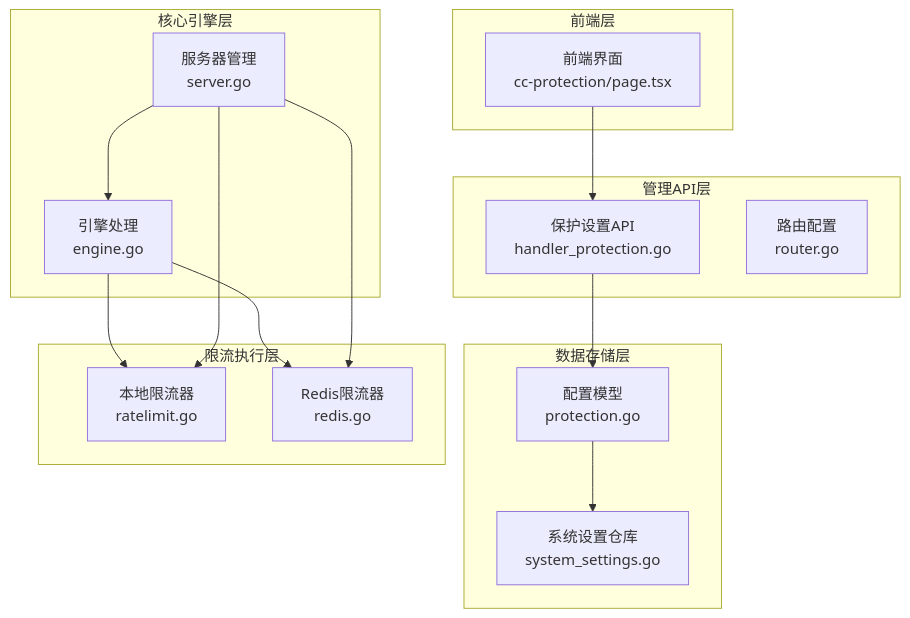
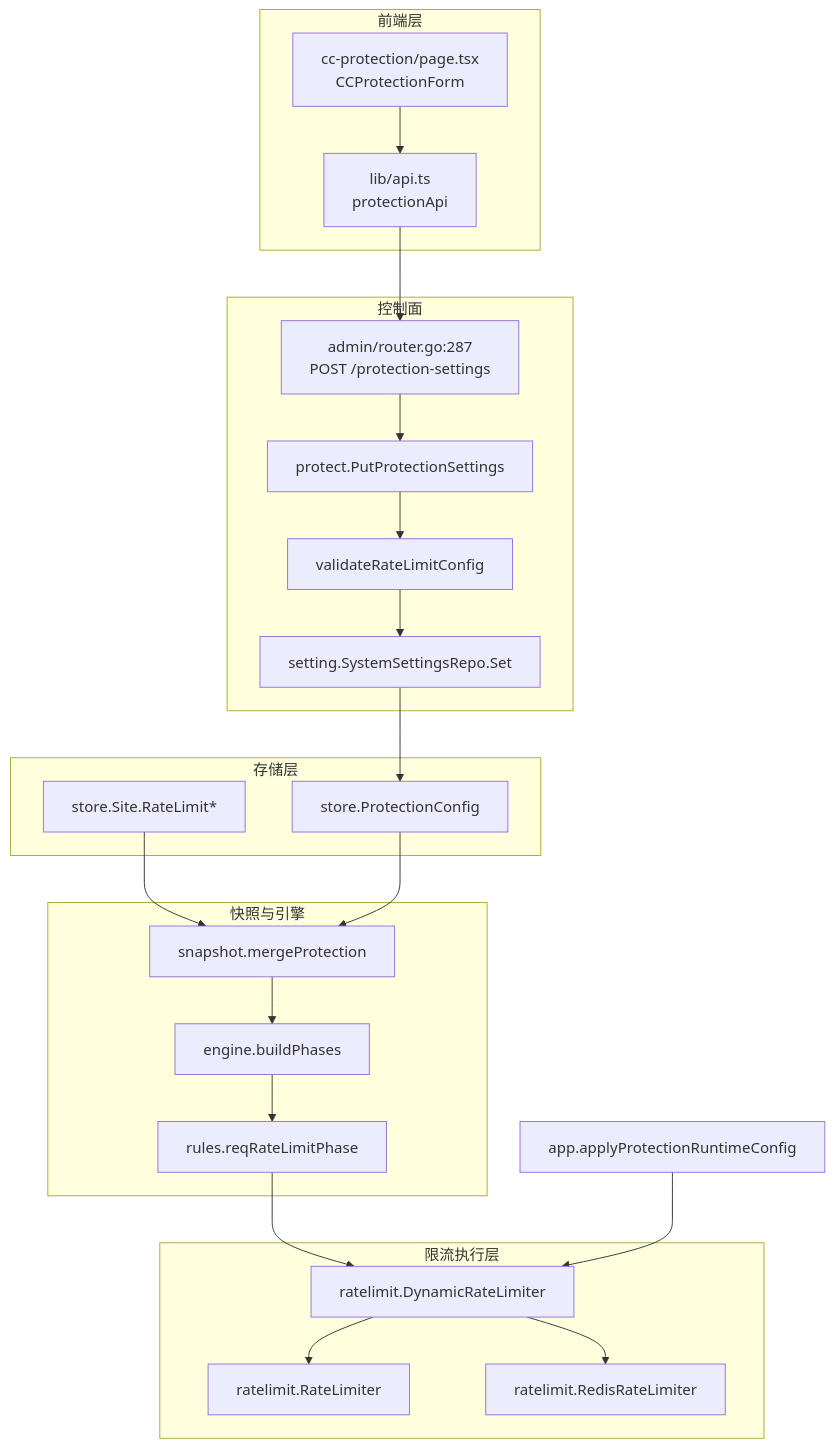
Before and after one commit to x01n/My-OpenWaf: the first of 9 diagrams in docs/安全防护功能/速率限制机制/限流配置管理.md, drawn with Mermaid. The commit also changed other lines of this file and 622 other files, not shown here.

````diff
--- a/docs/安全防护功能/速率限制机制/限流配置管理.md
+++ b/docs/安全防护功能/速率限制机制/限流配置管理.md
@@ -40,30 +65,35 @@
 ```mermaid
 graph TB
 subgraph "前端层"
-FE[前端界面<br/>cc-protection/page.tsx]
+FE["cc-protection/page.tsx<br/>CCProtectionForm"]
+FAPI["lib/api.ts<br/>protectionApi"]
 end
-subgraph "管理API层"
-API[保护设置API<br/>handler_protection.go]
-ROUTER[路由配置<br/>router.go]
+subgraph "控制面"
+ROUTER["admin/router.go:287<br/>POST /protection-settings"]
+HANDLER["protect.PutProtectionSettings"]
+VALIDATE["validateRateLimitConfig"]
+SSREPO["setting.SystemSettingsRepo.Set"]
 end
-subgraph "核心引擎层"
-ENGINE[引擎处理<br/>engine.go]
-SERVER[服务器管理<br/>server.go]
+subgraph "存储层"
+PC["store.ProtectionConfig"]
+SITE["store.Site.RateLimit*"]
 end
-subgraph "数据存储层"
-MODELS[配置模型<br/>protection.go]
-REPO[系统设置仓库<br/>system_settings.go]
+subgraph "快照与引擎"
+MERGE["snapshot.mergeProtection"]
+ENG["engine.buildPhases"]
+PHASE["rules.reqRateLimitPhase"]
 end
 subgraph "限流执行层"
-RL_LOCAL[本地限流器<br/>ratelimit.go]
-RL_REDIS[Redis限流器<br/>redis.go]
+DYN["ratelimit.DynamicRateLimiter"]
+LOCAL["ratelimit.RateLimiter"]
+REDISRL["ratelimit.RedisRateLimiter"]
 end
-FE --> API
-API --> MODELS
-MODELS --> REPO
-ENGINE --> RL_LOCAL
-ENGINE --> RL_REDIS
-SERVER --> ENGINE
-SERVER --> RL_LOCAL
-SERVER --> RL_REDIS
+RUNTIME["app.applyProtectionRuntimeConfig"]
+FE --> FAPI --> ROUTER --> HANDLER --> VALIDATE --> SSREPO --> PC
+SITE --> MERGE
+PC --> MERGE --> ENG --> PHASE
+PHASE --> DYN
+DYN --> LOCAL
+DYN --> REDISRL
+RUNTIME --> DYN
 ```
````
